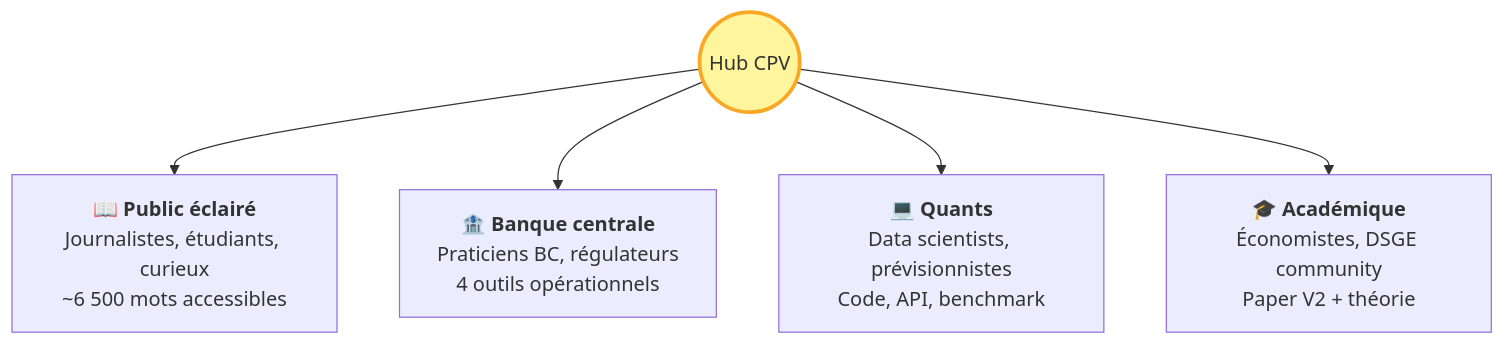
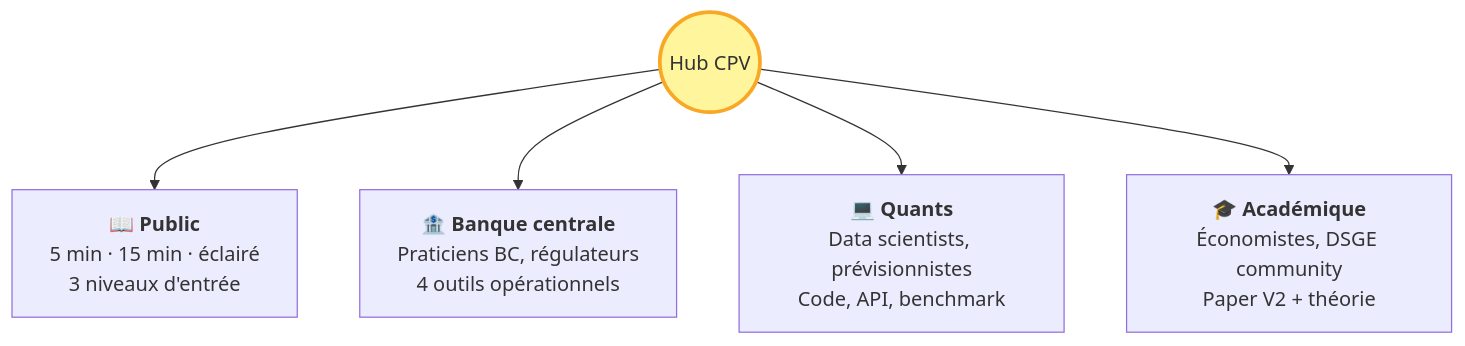
Before and after one commit to s-geffroy/EcoWave: the fourth of 4 diagrams in docs/index.md, drawn with Mermaid. The commit also changed other lines of this file and 11 other files, not shown here.

````diff
--- a/docs/index.md
+++ b/docs/index.md
@@ -140,9 +144,9 @@
 ```mermaid
 flowchart TD
     Hub((Hub CPV))
-    Hub --> Pub[📖 <b>Public éclairé</b><br/>Journalistes, étudiants, curieux<br/>~6 500 mots accessibles]
+    Hub --> Pub[📖 <b>Public</b><br/>5 min · 15 min · éclairé<br/>3 niveaux d'entrée]
     Hub --> BC[🏦 <b>Banque centrale</b><br/>Praticiens BC, régulateurs<br/>4 outils opérationnels]
     Hub --> Quants[💻 <b>Quants</b><br/>Data scientists, prévisionnistes<br/>Code, API, benchmark]
     Hub --> Acad[🎓 <b>Académique</b><br/>Économistes, DSGE community<br/>Paper V2 + théorie]
     style Hub fill:#fff59d,stroke:#f9a825,stroke-width:3px
 ```
````
